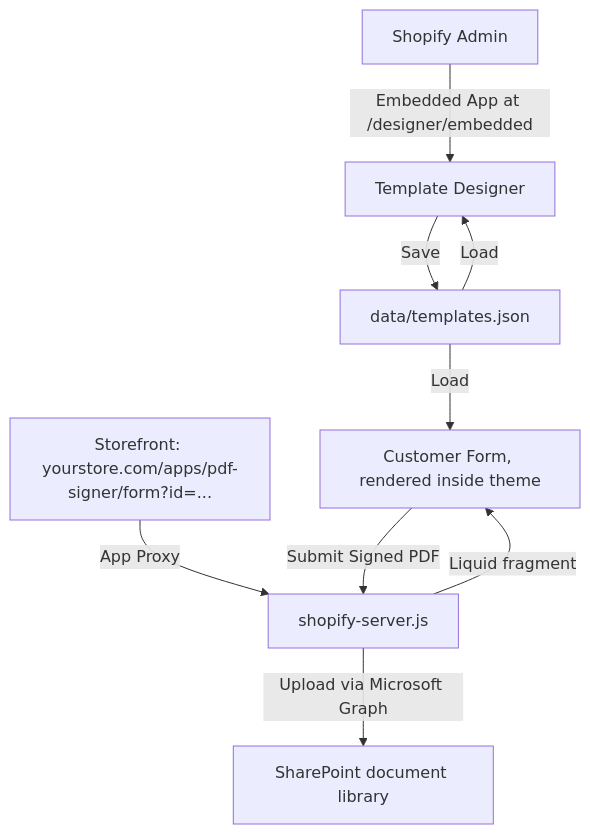
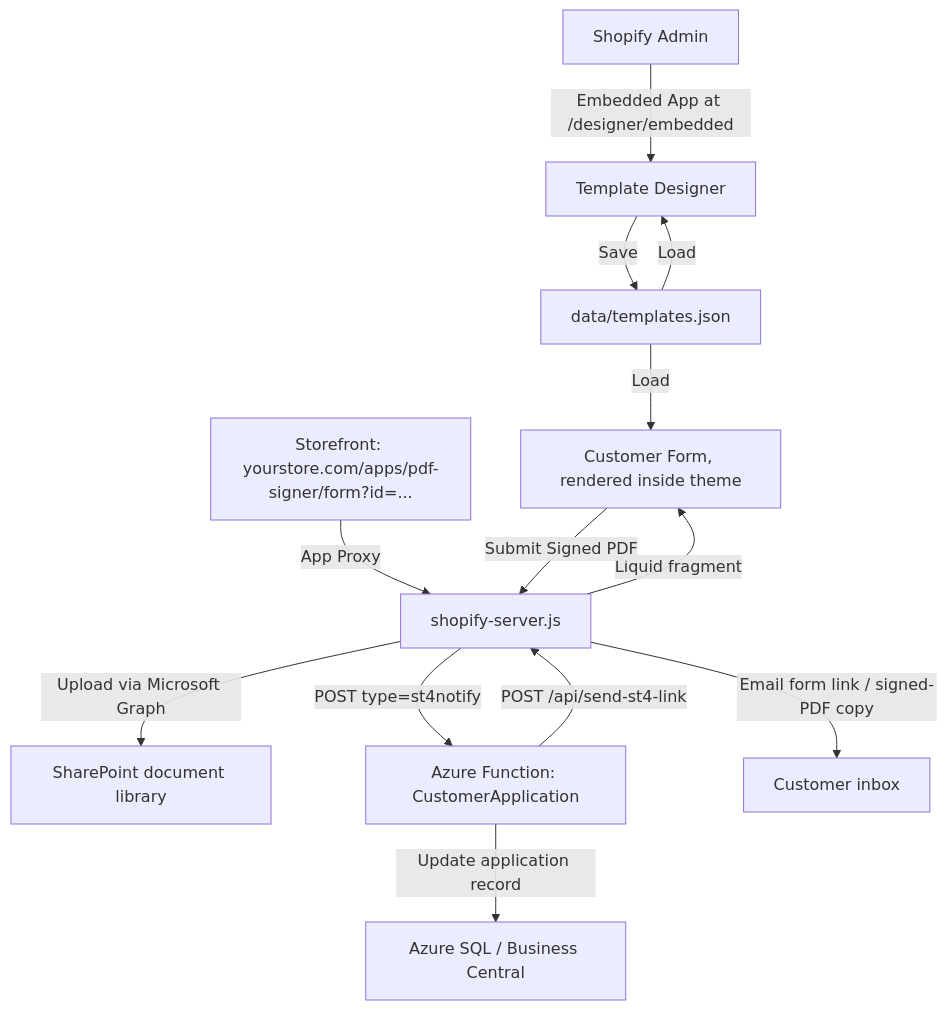
One commit to AhmedVohra/yog-shopify-st4-form changed the diagram in README.md. Above: the diagram before and after it, drawn with Mermaid. The commit also changed other lines of this file and 1 other file, not shown here.

Commit message:
docs: update CLAUDE.md and README.md to clarify email functionality and Business Central integration

````diff
--- a/README.md
+++ b/README.md
@@ -39,11 +41,15 @@
 ```mermaid
 graph TD
     A[Shopify Admin] -->|Embedded App at /designer/embedded| B[Template Designer]
     B -->|Save| C[data/templates.json]
     D[Storefront: yourstore.com/apps/pdf-signer/form?id=...] -->|App Proxy| E[shopify-server.js]
     E -->|Liquid fragment| F[Customer Form, rendered inside theme]
     F -->|Submit Signed PDF| E
     E -->|Upload via Microsoft Graph| G[SharePoint document library]
     C -->|Load| F
     C -->|Load| B
+    H[Azure Function: CustomerApplication] -->|POST /api/send-st4-link| E
+    E -->|Email form link / signed-PDF copy| I[Customer inbox]
+    E -->|POST type=st4notify| H
+    H -->|Update application record| J[Azure SQL / Business Central]
 ```
````
